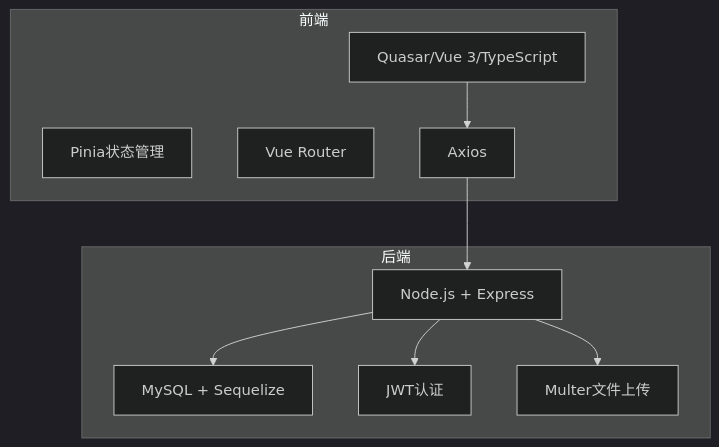
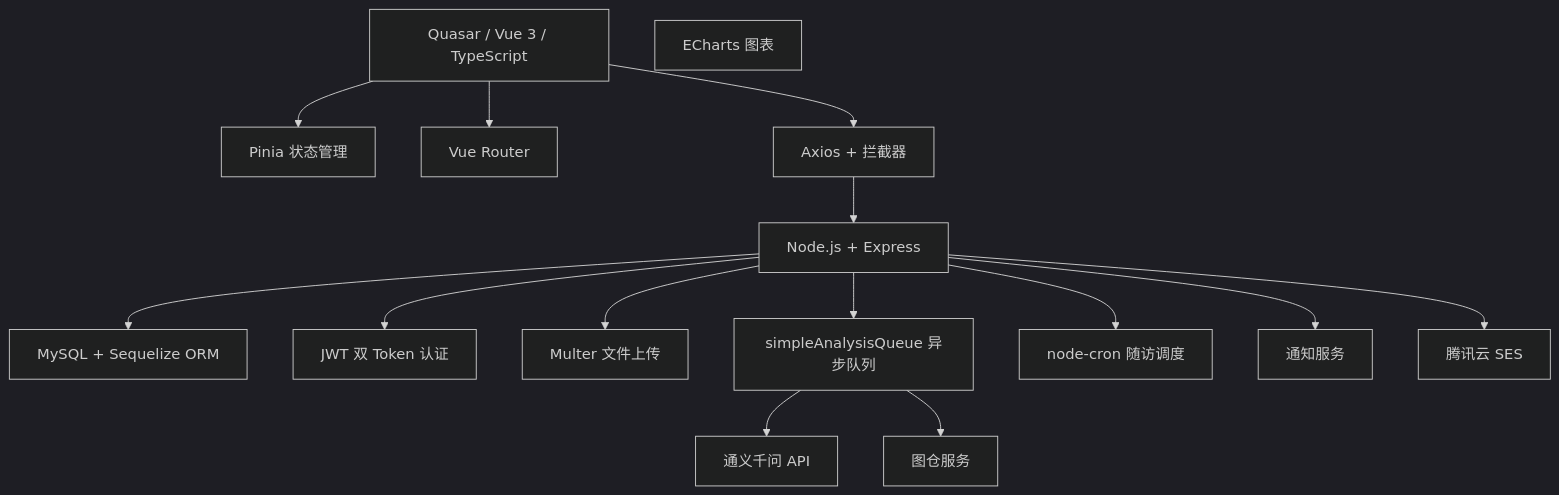
Before and after one commit to xingranya/CervixDetectAI: the first of 4 diagrams in wiki/系统概述.md, drawn with Mermaid (dark theme). The commit also changed other lines of this file and 35 other files, not shown here.

First line of the commit message:
docs(readme): 优化并统一项目文档中的流程图与说明

````diff
--- a/wiki/系统概述.md
+++ b/wiki/系统概述.md
@@ -63,20 +63,32 @@
 ```mermaid
-graph TB
-subgraph "前端"
-A[Quasar/Vue 3/TypeScript]
-B[Pinia状态管理]
-C[Vue Router]
-D[Axios]
-end
-subgraph "后端"
-E[Node.js + Express]
-F[MySQL + Sequelize]
-G[JWT认证]
-H[Multer文件上传]
-end
-A --> D
-D --> E
-E --> F
-E --> G
-E --> H
+flowchart TB
+    A["Quasar / Vue 3 / TypeScript"]
+    B["Pinia 状态管理"]
+    C["Vue Router"]
+    D["Axios + 拦截器"]
+    E["ECharts 图表"]
+    F["Node.js + Express"]
+    G["MySQL + Sequelize ORM"]
+    H["JWT 双 Token 认证"]
+    I["Multer 文件上传"]
+    J["simpleAnalysisQueue 异步队列"]
+    K["通义千问 API"]
+    L["图仓服务"]
+    M["node-cron 随访调度"]
+    N["通知服务"]
+    O["腾讯云 SES"]
+
+    A --> C
+    A --> B
+    A --> D
+    D --> F
+    F --> G
+    F --> H
+    F --> I
+    F --> J
+    J --> K
+    J --> L
+    F --> M
+    F --> N
+    F --> O
 ```
````
